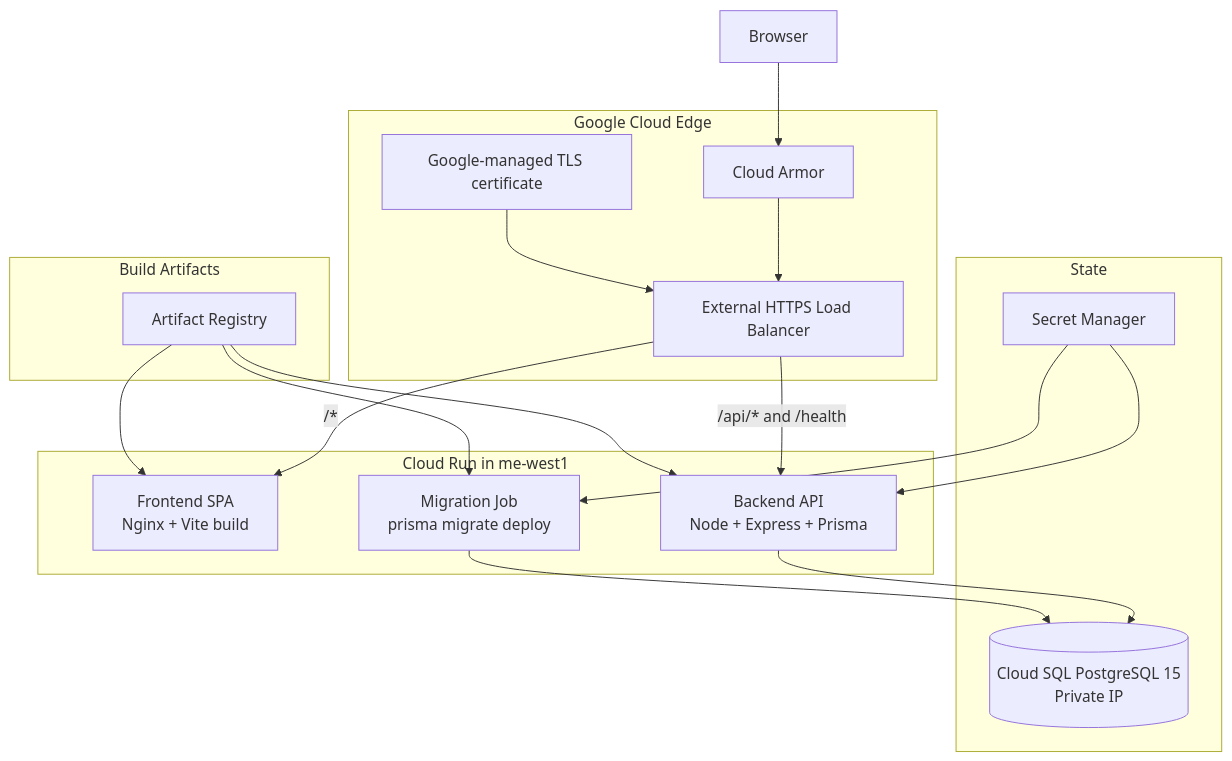
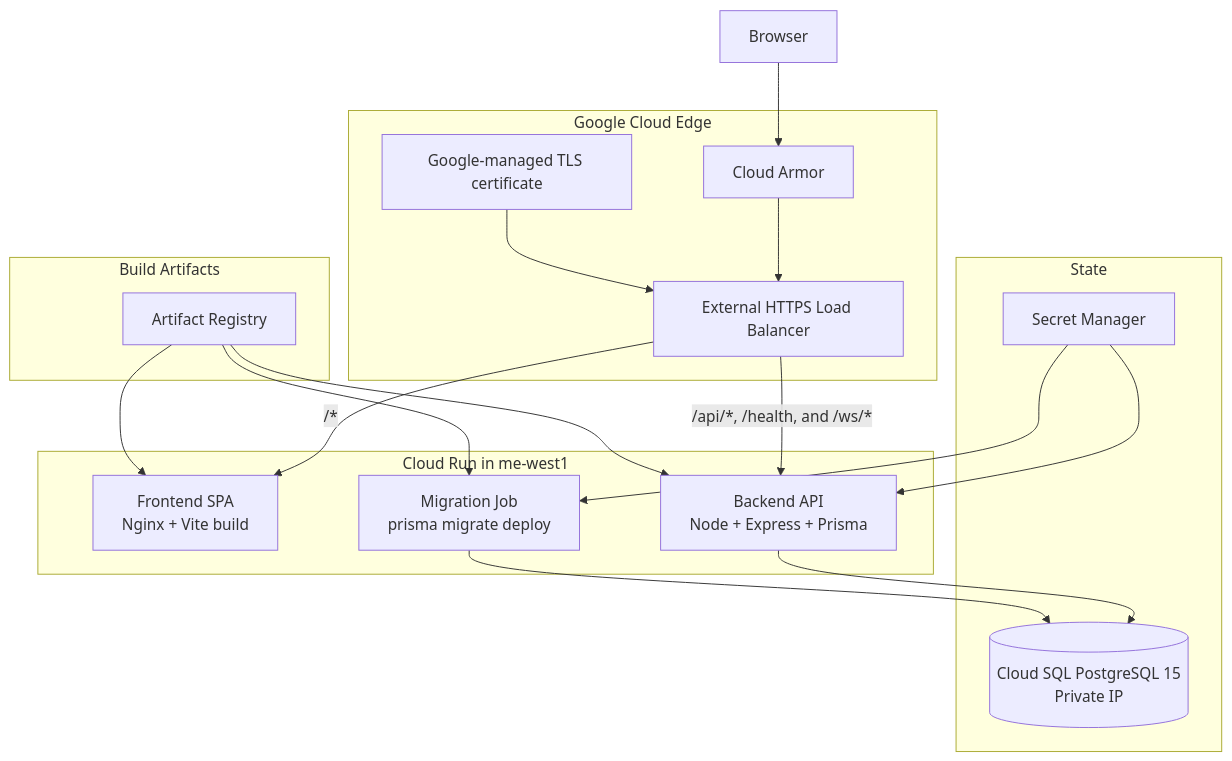
Before and after one commit to hishtadlut/full-stack-home-assignment: the diagram in docs/infrastructure/01-gcp-terraform-deployment-plan.md, drawn with Mermaid. The commit also changed other lines of this file and 3 other files, not shown here.

````diff
--- a/docs/infrastructure/01-gcp-terraform-deployment-plan.md
+++ b/docs/infrastructure/01-gcp-terraform-deployment-plan.md
@@ -52,38 +52,38 @@
 ```mermaid
 graph TD
     Client[Browser]
 
     subgraph "Google Cloud Edge"
         Armor[Cloud Armor]
         LB[External HTTPS Load Balancer]
         Cert[Google-managed TLS certificate]
     end
 
     subgraph "Cloud Run in me-west1"
         Web[Frontend SPA<br>Nginx + Vite build]
         API[Backend API<br>Node + Express + Prisma]
         Migrate[Migration Job<br>prisma migrate deploy]
     end
 
     subgraph "State"
         SQL[(Cloud SQL PostgreSQL 15<br>Private IP)]
         Secrets[Secret Manager]
     end
 
     subgraph "Build Artifacts"
         AR[Artifact Registry]
     end
 
     Client --> Armor
     Armor --> LB
     Cert --> LB
     LB -->|/*| Web
-    LB -->|/api/* and /health| API
+    LB -->|/api/*, /health, and /ws/*| API
     AR --> Web
     AR --> API
     AR --> Migrate
     Secrets --> API
     Secrets --> Migrate
     API --> SQL
     Migrate --> SQL
 ```
````
